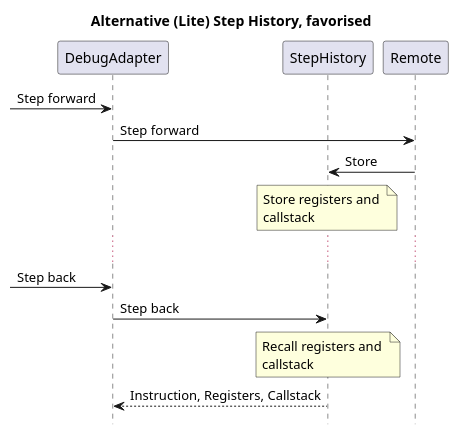
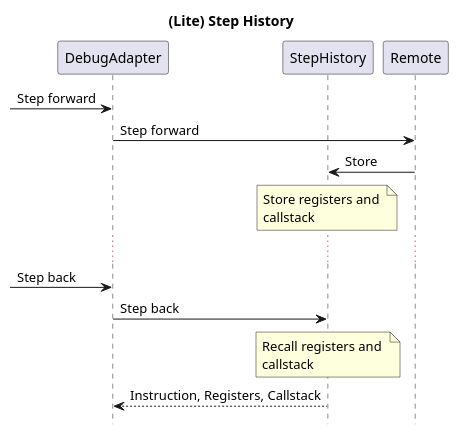
Before and after one commit to maziac/DeZog: the first of 4 diagrams in design/reversedebugging.md, drawn with PlantUML. The commit also changed other lines of this file and 2 other files, not shown here.

````diff
--- a/design/reversedebugging.md
+++ b/design/reversedebugging.md
@@ -42,17 +26,17 @@
 ```puml
 hide footbox
-title Alternative (Lite) Step History, favorised
+title (Lite) Step History
 
 participant DebugAdapter
 participant StepHistory
 
 -> DebugAdapter: Step forward
 DebugAdapter -> Remote: Step forward
 Remote -> StepHistory: Store
 note over StepHistory: Store registers and \ncallstack
 ...
 -> DebugAdapter: Step back
 DebugAdapter -> StepHistory: Step back
 note over StepHistory: Recall registers and \ncallstack
 DebugAdapter <-- StepHistory: Instruction, Registers, Callstack
 ```
````
